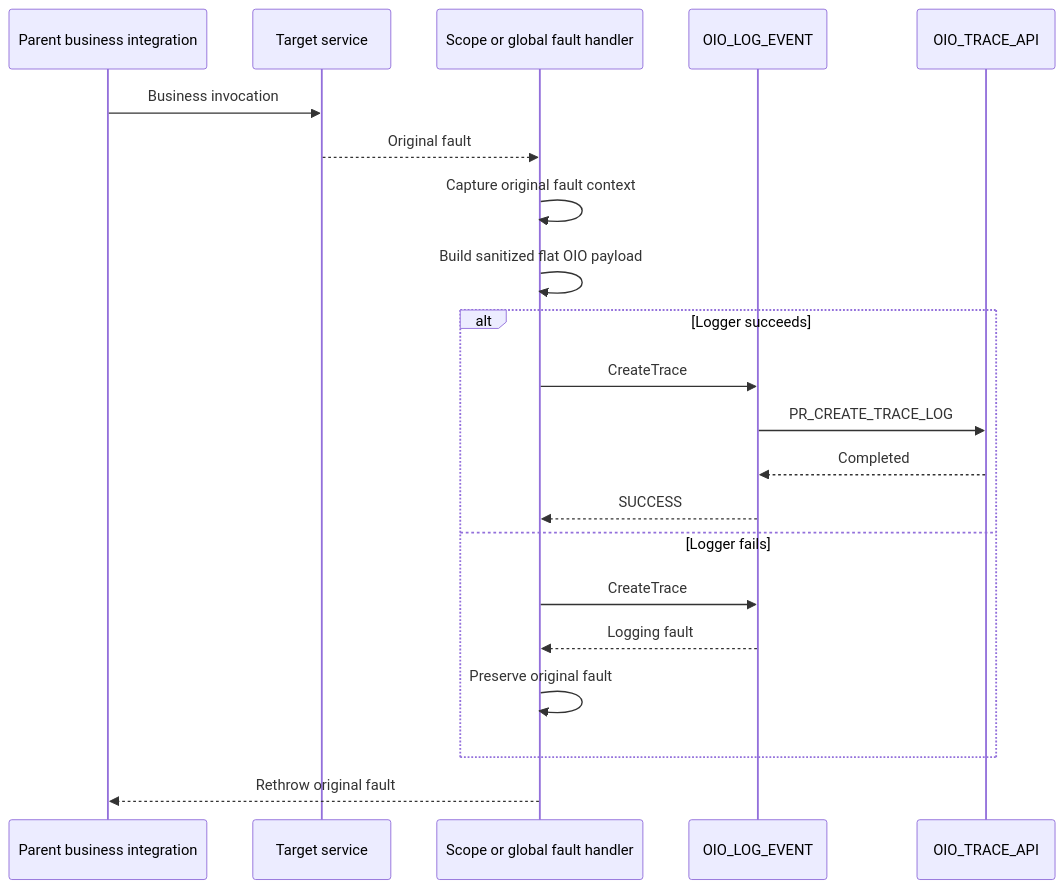
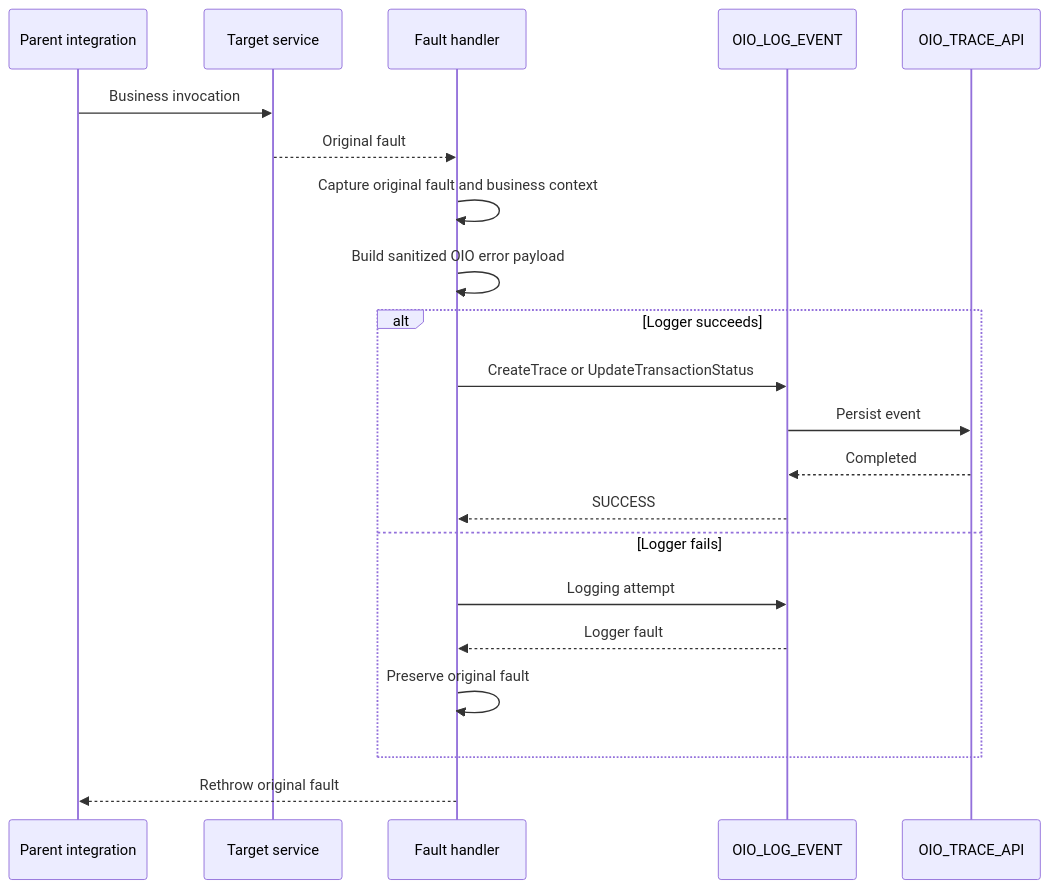
One commit to lucianosilva/oracle-integration-observability changed the diagram in oic/fault-handler-pattern.md. Above: the diagram before and after it, drawn with Mermaid. The commit also changed other lines of this file and 5 other files, not shown here.

````diff
--- a/oic/fault-handler-pattern.md
+++ b/oic/fault-handler-pattern.md
@@ -52,26 +50,26 @@
 ```mermaid
 sequenceDiagram
-    participant Parent as Parent business integration
+    participant Parent as Parent integration
     participant Target as Target service
-    participant Handler as Scope or global fault handler
+    participant Handler as Fault handler
     participant Logger as OIO_LOG_EVENT
     participant DB as OIO_TRACE_API
 
     Parent->>Target: Business invocation
     Target-->>Handler: Original fault
-    Handler->>Handler: Capture original fault context
-    Handler->>Handler: Build sanitized flat OIO payload
+    Handler->>Handler: Capture original fault and business context
+    Handler->>Handler: Build sanitized OIO error payload
 
     alt Logger succeeds
-        Handler->>Logger: CreateTrace
-        Logger->>DB: PR_CREATE_TRACE_LOG
+        Handler->>Logger: CreateTrace or UpdateTransactionStatus
+        Logger->>DB: Persist event
         DB-->>Logger: Completed
         Logger-->>Handler: SUCCESS
     else Logger fails
-        Handler->>Logger: CreateTrace
-        Logger-->>Handler: Logging fault
+        Handler->>Logger: Logging attempt
+        Logger-->>Handler: Logger fault
         Handler->>Handler: Preserve original fault
     end
 
     Handler-->>Parent: Rethrow original fault
 ```
````
